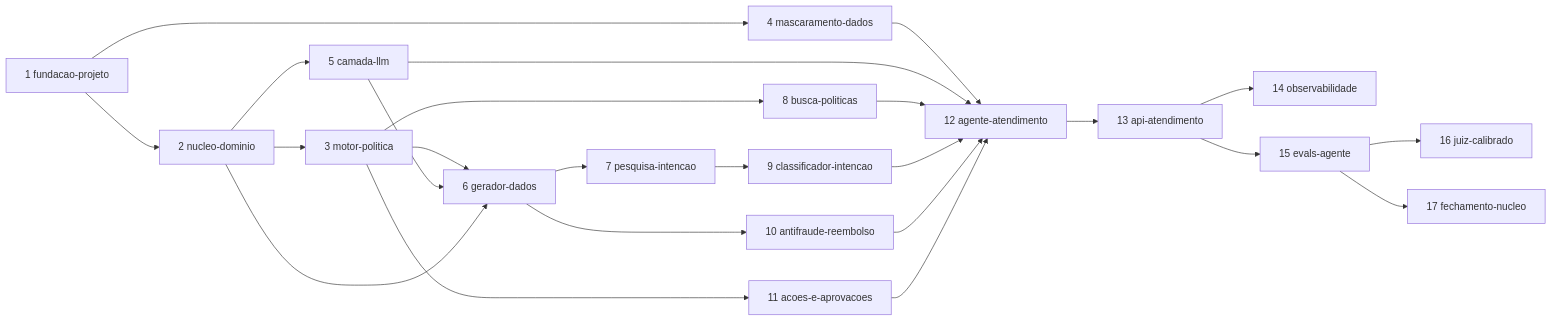
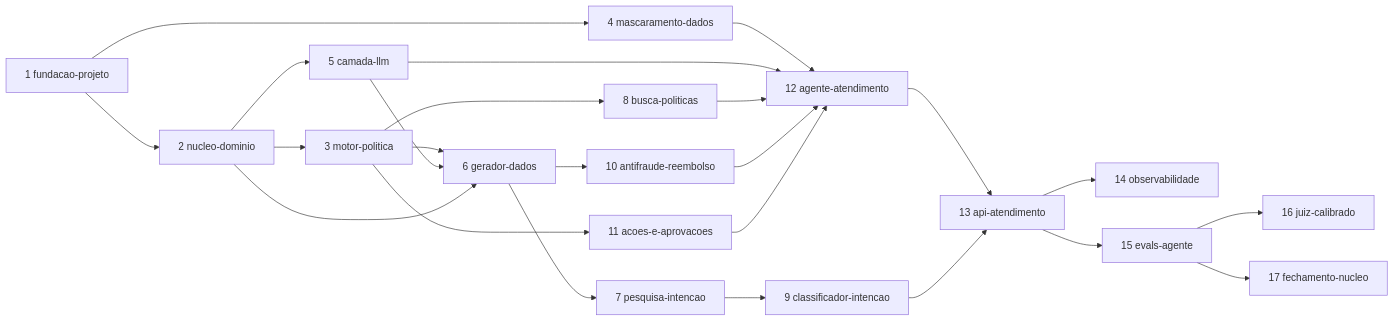
Before and after one commit to lucasg0m7s/deliverius-ai: the diagram in docs/roadmap.md, drawn with Mermaid. The commit also changed other lines of this file, not shown here.

First line of the commit message:
docs(roadmap): traz a porta do classificador para a change 12

````diff
--- a/docs/roadmap.md
+++ b/docs/roadmap.md
@@ -46,26 +46,26 @@
 ```mermaid
 flowchart LR
   F[1 fundacao-projeto] --> D[2 nucleo-dominio]
   F --> M[4 mascaramento-dados]
   D --> P[3 motor-politica]
   D --> L[5 camada-llm]
   P --> G[6 gerador-dados]
   L --> G
   D --> G
   G --> PI[7 pesquisa-intencao]
   P --> B[8 busca-politicas]
   PI --> CI[9 classificador-intencao]
   G --> AF[10 antifraude-reembolso]
   P --> AA[11 acoes-e-aprovacoes]
   M --> AG[12 agente-atendimento]
   L --> AG
   B --> AG
-  CI --> AG
   AF --> AG
   AA --> AG
   AG --> API[13 api-atendimento]
+  CI --> API
   API --> O[14 observabilidade]
   API --> E[15 evals-agente]
   E --> J[16 juiz-calibrado]
   E --> FN[17 fechamento-nucleo]
 ```
````
